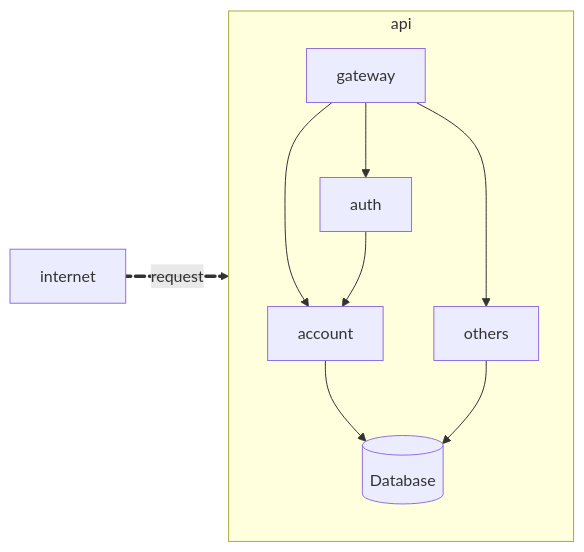
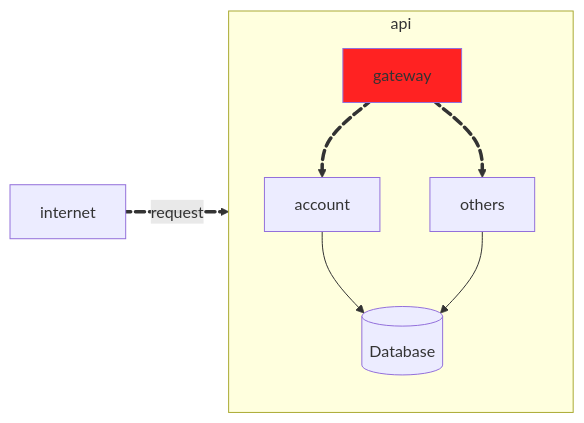
The diagram in docs/checkpoints/checkpoint2.md (laupontiroli/platform_api-serv), drawn with Mermaid before and after one commit. The commit also changed 1 other file, not shown here.

````diff
--- a/docs/checkpoints/checkpoint2.md
+++ b/docs/checkpoints/checkpoint2.md
@@ -4,14 +4,15 @@
 ``` mermaid
 flowchart LR
     subgraph api
         direction TB
-        gateway --> account
-        gateway --> auth
-        gateway --> others
+        gateway e2@==> account
+        gateway e4@==> others
         account --> db@{ shape: cyl, label: "Database" }
         others --> db
-        auth --> account
     end
-    internet e1@==>|request| gateway
+    internet e1@==>|request| gateway:::color
     e1@{ animate: true }
+    e2@{ animate: true }
+    e4@{ animate: true }
+    classDef color fill:#f22
 ```
````
